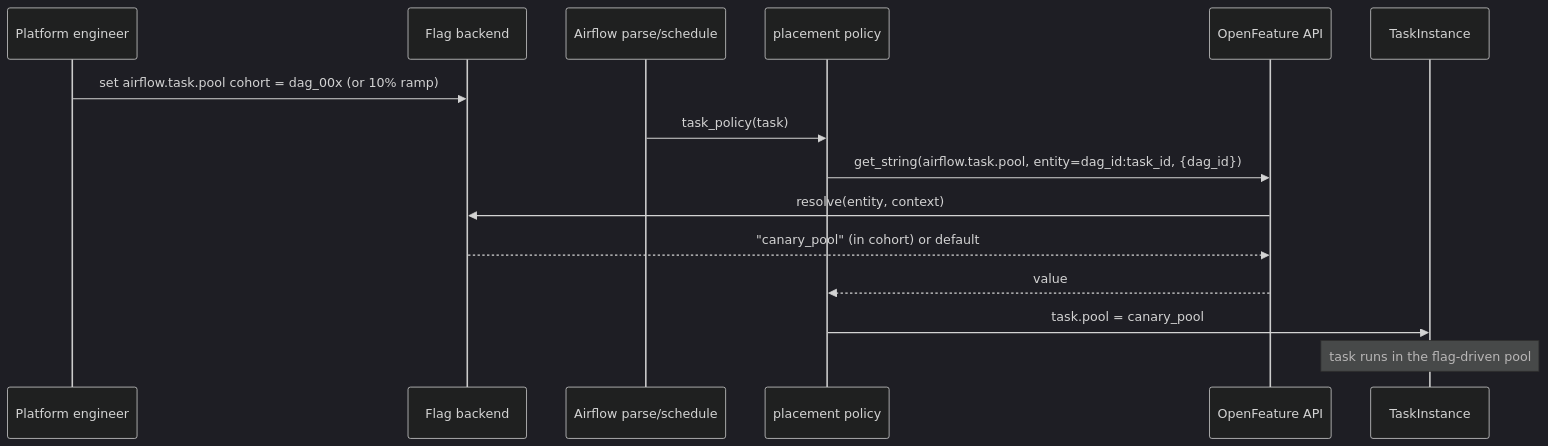
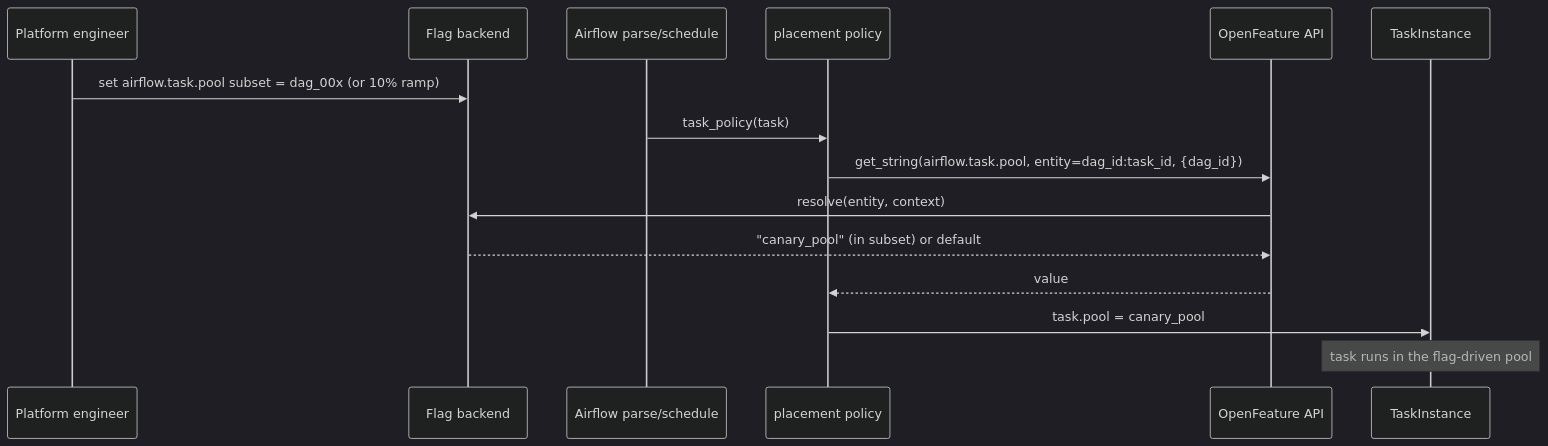
The second of 3 diagrams in docs/architecture.md (1fanwang/airflow-provider-openfeature), drawn with Mermaid (dark theme) before and after one commit. The commit also changed other lines of this file and 12 other files, not shown here.

````diff
--- a/docs/architecture.md
+++ b/docs/architecture.md
@@ -49,18 +49,18 @@
 ```mermaid
 sequenceDiagram
     participant Eng as Platform engineer
     participant BE as Flag backend
     participant Sched as Airflow parse/schedule
     participant Pol as placement policy
     participant OF as OpenFeature API
     participant TI as TaskInstance
 
-    Eng->>BE: set airflow.task.pool cohort = dag_00x (or 10% ramp)
+    Eng->>BE: set airflow.task.pool subset = dag_00x (or 10% ramp)
     Sched->>Pol: task_policy(task)
     Pol->>OF: get_string(airflow.task.pool, entity=dag_id:task_id, {dag_id})
     OF->>BE: resolve(entity, context)
-    BE-->>OF: "canary_pool" (in cohort) or default
+    BE-->>OF: "canary_pool" (in subset) or default
     OF-->>Pol: value
     Pol->>TI: task.pool = canary_pool
     Note over TI: task runs in the flag-driven pool
 ```
````
